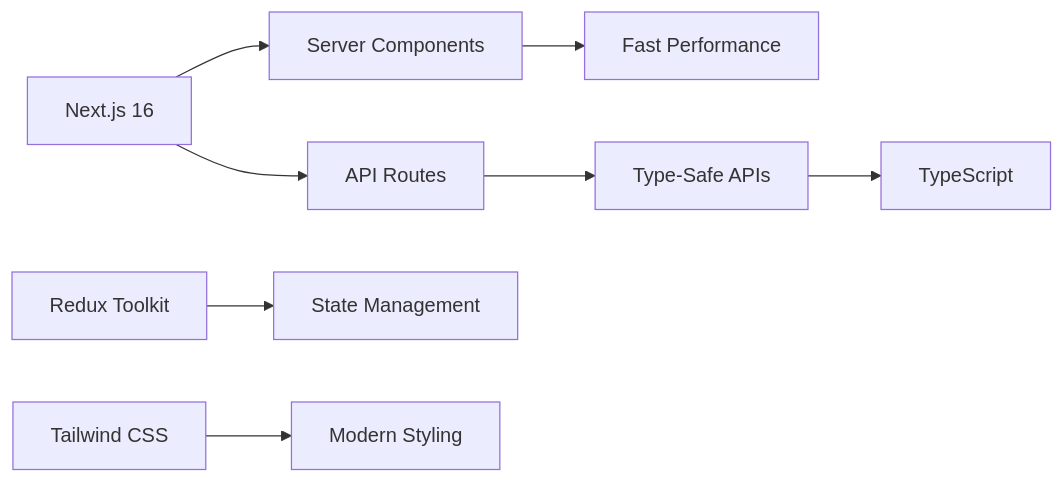
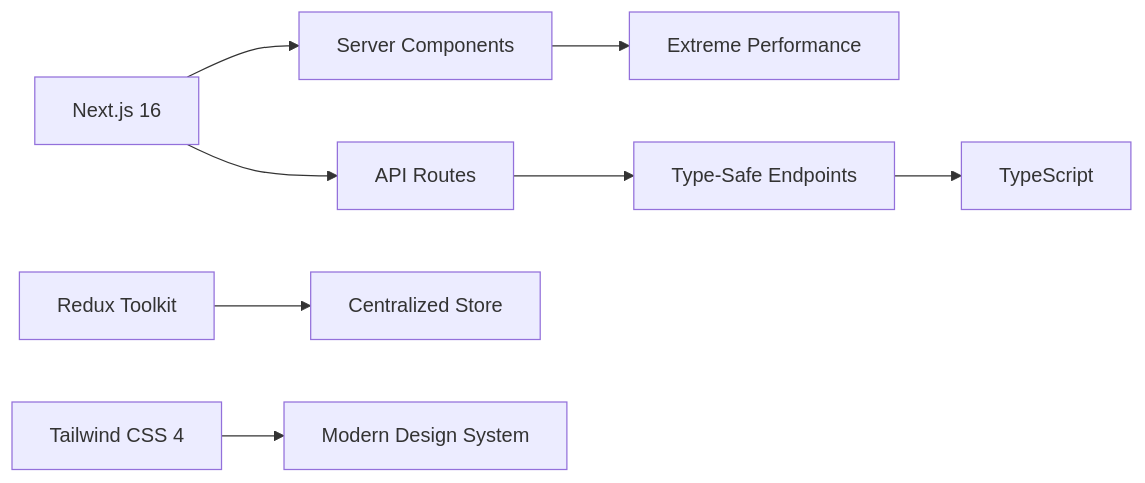
Before and after one commit to TalhaZubair019/PrintNest: the third of 3 diagrams in README.md, drawn with Mermaid. The commit also changed other lines of this file and 3 other files, not shown here.

````diff
--- a/README.md
+++ b/README.md
@@ -139,10 +225,10 @@
 ```mermaid
 graph LR
     A[Next.js 16] --> B[Server Components]
     A --> C[API Routes]
-    B --> D[Fast Performance]
-    C --> E[Type-Safe APIs]
+    B --> D[Extreme Performance]
+    C --> E[Type-Safe Endpoints]
     E --> F[TypeScript]
-    G[Redux Toolkit] --> H[State Management]
-    I[Tailwind CSS] --> J[Modern Styling]
+    G[Redux Toolkit] --> H[Centralized Store]
+    I[Tailwind CSS 4] --> J[Modern Design System]
 ```
````
